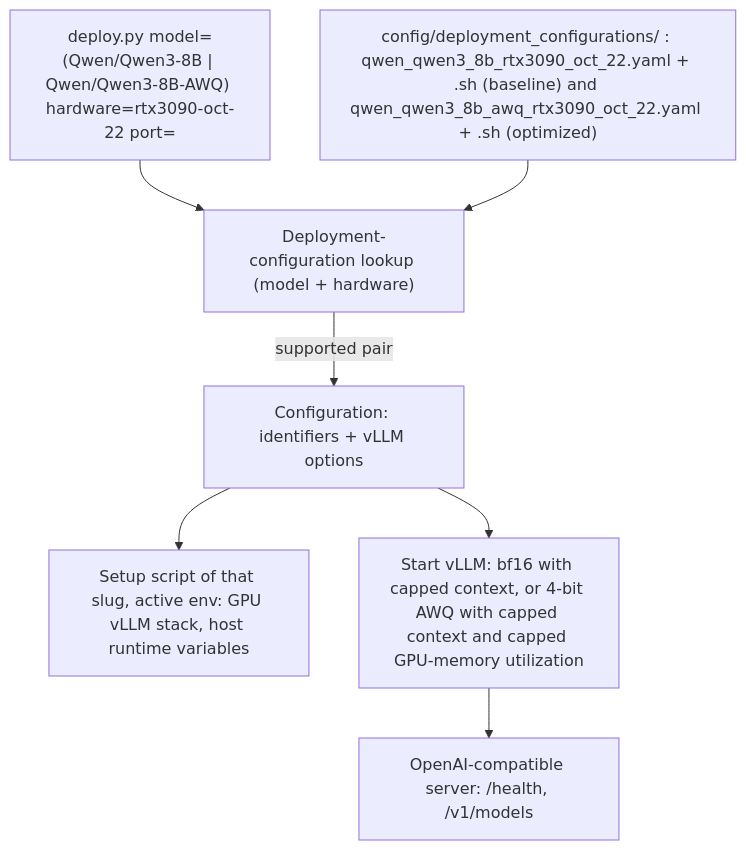
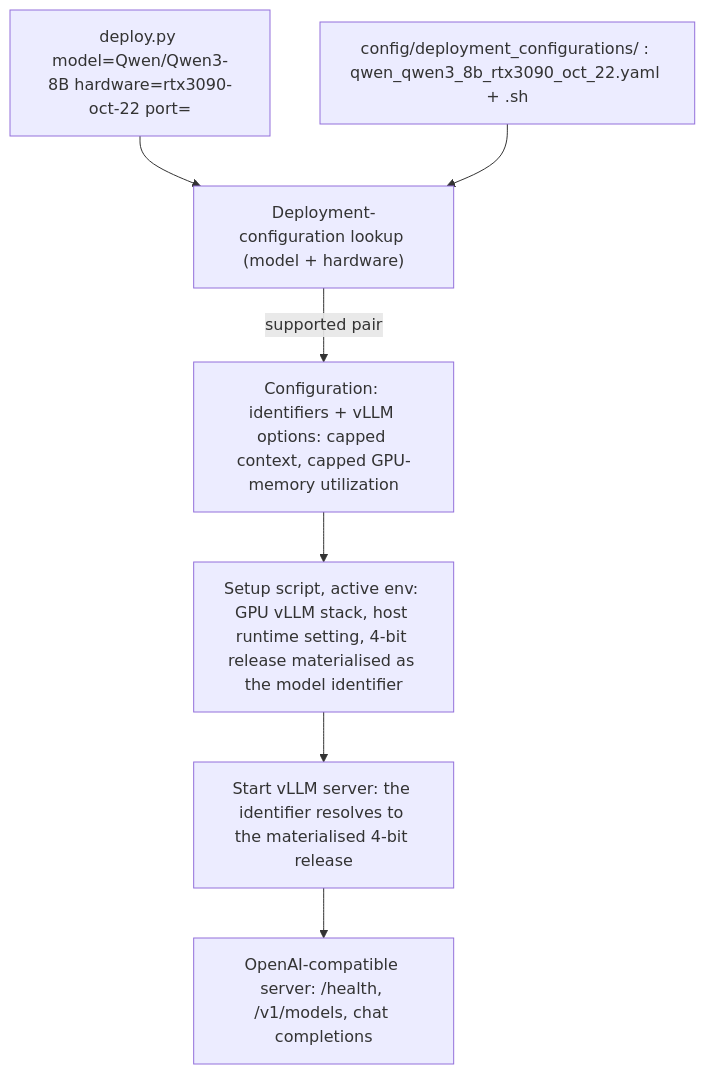
One commit to anton-pershin/llm-deployment changed the diagram in .internal/specs/03-qwen3-8b-rtx3090-oct-22-configurations-kiss-spec.md. Above: the diagram before and after it, drawn with Mermaid. The commit also changed other lines of this file, not shown here.

First line of the commit message:
Spec 03 (revision): one deployment configuration per pair

````diff
--- a/.internal/specs/03-qwen3-8b-rtx3090-oct-22-configurations-kiss-spec.md
+++ b/.internal/specs/03-qwen3-8b-rtx3090-oct-22-configurations-kiss-spec.md
@@ -45,9 +43,9 @@
 ```mermaid
 flowchart TD
-    CLI["deploy.py model=(Qwen/Qwen3-8B | Qwen/Qwen3-8B-AWQ) hardware=rtx3090-oct-22 port=<port>"] --> LOOKUP["Deployment-configuration lookup (model + hardware)"]
-    LIB["config/deployment_configurations/ : qwen_qwen3_8b_rtx3090_oct_22.yaml + .sh (baseline) and qwen_qwen3_8b_awq_rtx3090_oct_22.yaml + .sh (optimized)"] --> LOOKUP
-    LOOKUP -->|supported pair| CONFIG["Configuration: identifiers + vLLM options"]
-    CONFIG --> SH["Setup script of that slug, active env: GPU vLLM stack, host runtime variables"]
-    CONFIG --> START["Start vLLM: bf16 with capped context, or 4-bit AWQ with capped context and capped GPU-memory utilization"]
-    START --> SERVE["OpenAI-compatible server: /health, /v1/models"]
+    CLI["deploy.py model=Qwen/Qwen3-8B hardware=rtx3090-oct-22 port=<port>"] --> LOOKUP["Deployment-configuration lookup (model + hardware)"]
+    LIB["config/deployment_configurations/ : qwen_qwen3_8b_rtx3090_oct_22.yaml + .sh"] --> LOOKUP
+    LOOKUP -->|supported pair| CONFIG["Configuration: identifiers + vLLM options: capped context, capped GPU-memory utilization"]
+    CONFIG --> SH["Setup script, active env: GPU vLLM stack, host runtime setting, 4-bit release materialised as the model identifier"]
+    SH --> START["Start vLLM server: the identifier resolves to the materialised 4-bit release"]
+    START --> SERVE["OpenAI-compatible server: /health, /v1/models, chat completions"]
 ```
````
